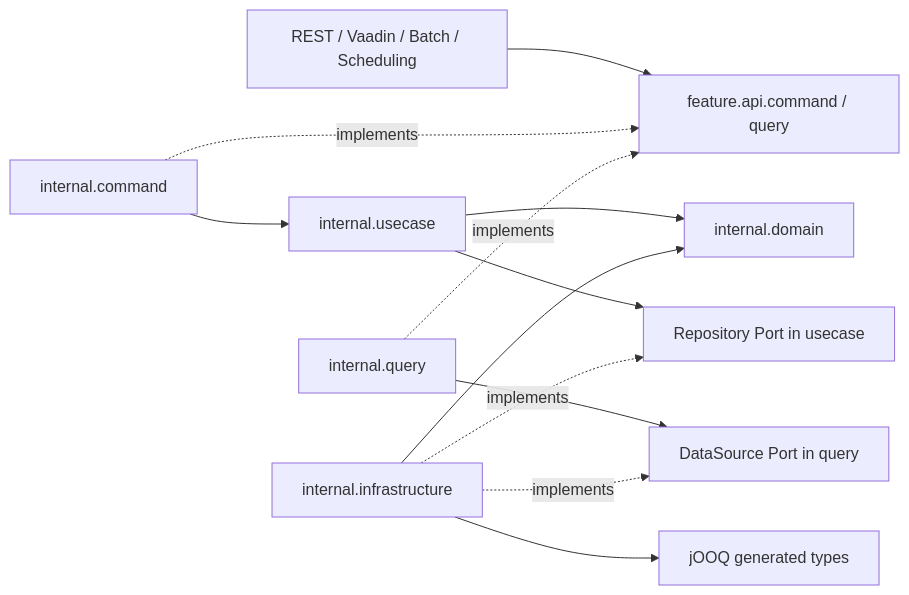
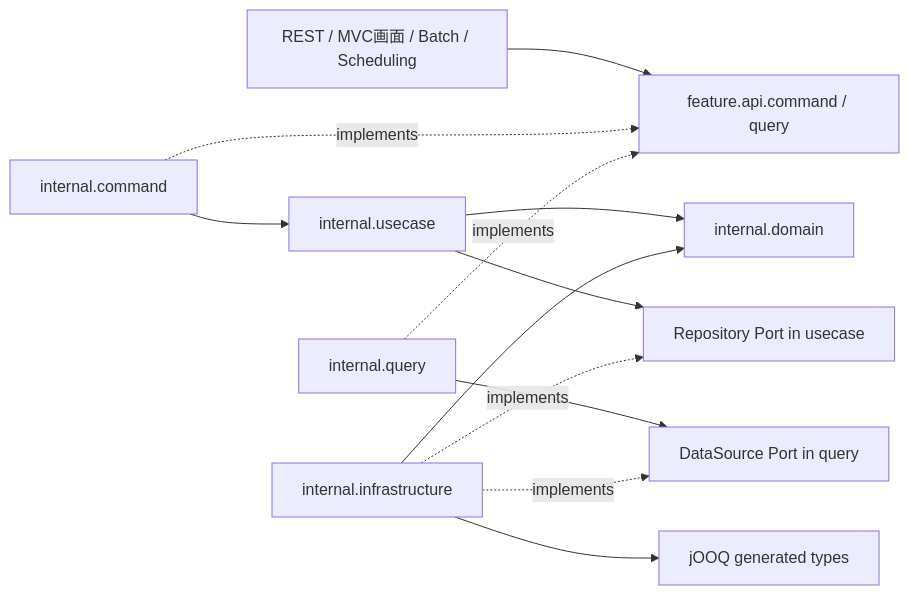
One commit to willowtown0576/spring-application-template changed the first of 2 diagrams in docs/architecture.md. Above: the diagram before and after it, drawn with Mermaid. The commit also changed other lines of this file and 49 other files, not shown here.

````diff
--- a/docs/architecture.md
+++ b/docs/architecture.md
@@ -9,16 +9,16 @@
 ```mermaid
 flowchart LR
   accTitle: 依存方向
   accDescr: 公開APIとPortを境界とするコンパイル時の依存
-  ADAPTER[REST / Vaadin / Batch / Scheduling] --> API[feature.api.command / query]
+  ADAPTER[REST / MVC画面 / Batch / Scheduling] --> API[feature.api.command / query]
   COMMAND[internal.command] -. implements .-> API
   QUERY[internal.query] -. implements .-> API
   COMMAND --> USECASE[internal.usecase]
   USECASE --> DOMAIN[internal.domain]
   USECASE --> REPO[Repository Port in usecase]
   QUERY --> SOURCE[DataSource Port in query]
   INFRA[internal.infrastructure] -. implements .-> REPO
   INFRA -. implements .-> SOURCE
   INFRA --> DOMAIN
   INFRA --> JOOQ[jOOQ generated types]
 ```
````
